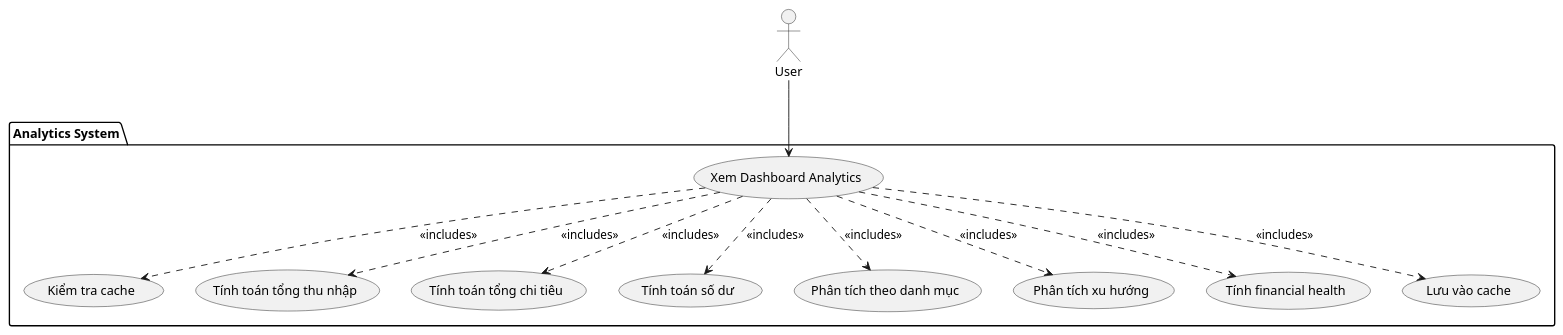
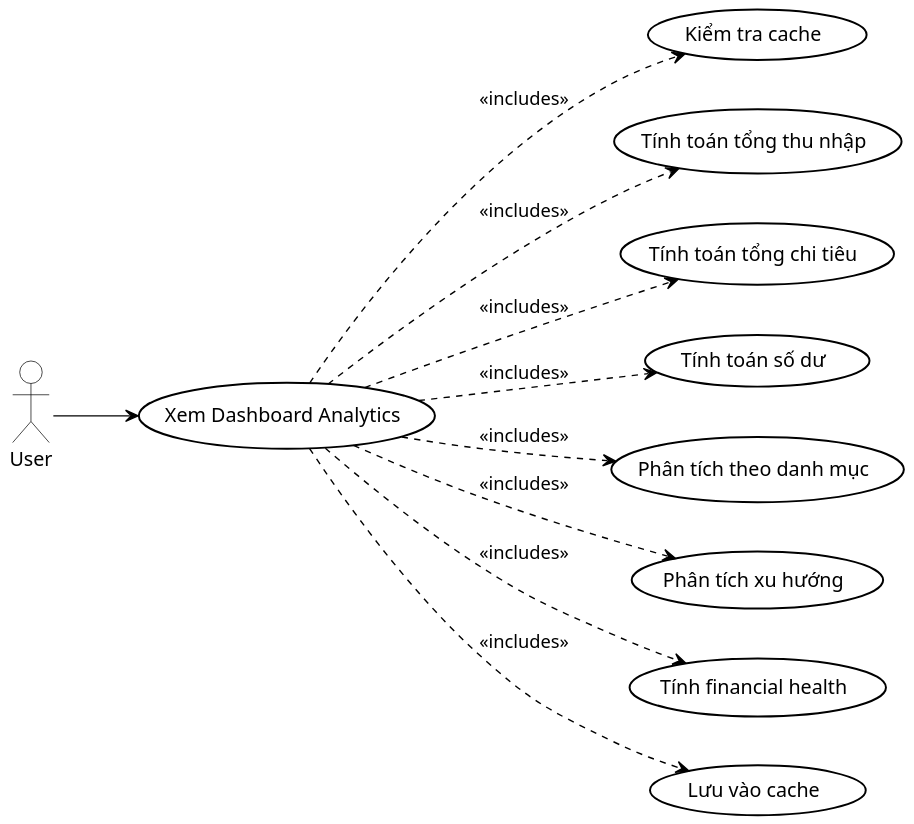
The diagram in uml-diagrams/UC_011_DashboardAnalytics.puml (quanbin27/TabiMoney), drawn with PlantUML before and after one commit. The commit also changed 108 other files, not shown here.

Commit message:
docs: update diagram images

```diff
--- a/uml-diagrams/UC_011_DashboardAnalytics.puml
+++ b/uml-diagrams/UC_011_DashboardAnalytics.puml
@@ -1,26 +1,52 @@
 @startuml UC_011_DashboardAnalytics
+
+skinparam usecase {
+    BackgroundColor #FFFFFF
+    BorderColor #000000
+    ArrowColor #000000
+    BorderThickness 1.4
+    FontColor #000000
+    FontSize 14
+}
+
+skinparam actor {
+    BackgroundColor #FFFFFF
+    BorderColor #000000
+    FontColor #000000
+    FontSize 14
+}
+
+skinparam package {
+    BorderColor #000000
+    FontColor #000000
+}
+
+skinparam shadowing false
+skinparam dpi 150
+
+' Layout ngang
+left to right direction
+
 actor User
 
-package "Analytics System" {
-    usecase "Xem Dashboard Analytics" as UC_DashboardAnalytics
-    usecase "Kiểm tra cache" as UC_CheckCache
-    usecase "Tính toán tổng thu nhập" as UC_CalculateIncome
-    usecase "Tính toán tổng chi tiêu" as UC_CalculateExpense
-    usecase "Tính toán số dư" as UC_CalculateBalance
-    usecase "Phân tích theo danh mục" as UC_AnalyzeByCategory
-    usecase "Phân tích xu hướng" as UC_AnalyzeTrends
-    usecase "Tính financial health" as UC_CalculateHealth
-    usecase "Lưu vào cache" as UC_SaveCache
-}
+usecase "Xem Dashboard Analytics" as UC_DashboardAnalytics
+usecase "Kiểm tra cache" as UC_CheckCache
+usecase "Tính toán tổng thu nhập" as UC_CalculateIncome
+usecase "Tính toán tổng chi tiêu" as UC_CalculateExpense
+usecase "Tính toán số dư" as UC_CalculateBalance
+usecase "Phân tích theo danh mục" as UC_AnalyzeByCategory
+usecase "Phân tích xu hướng" as UC_AnalyzeTrends
+usecase "Tính financial health" as UC_CalculateHealth
+usecase "Lưu vào cache" as UC_SaveCache
 
 User --> UC_DashboardAnalytics
 UC_DashboardAnalytics ..> UC_CheckCache : <<includes>>
 UC_DashboardAnalytics ..> UC_CalculateIncome : <<includes>>
 UC_DashboardAnalytics ..> UC_CalculateExpense : <<includes>>
 UC_DashboardAnalytics ..> UC_CalculateBalance : <<includes>>
 UC_DashboardAnalytics ..> UC_AnalyzeByCategory : <<includes>>
 UC_DashboardAnalytics ..> UC_AnalyzeTrends : <<includes>>
 UC_DashboardAnalytics ..> UC_CalculateHealth : <<includes>>
 UC_DashboardAnalytics ..> UC_SaveCache : <<includes>>
 
 @enduml
```
